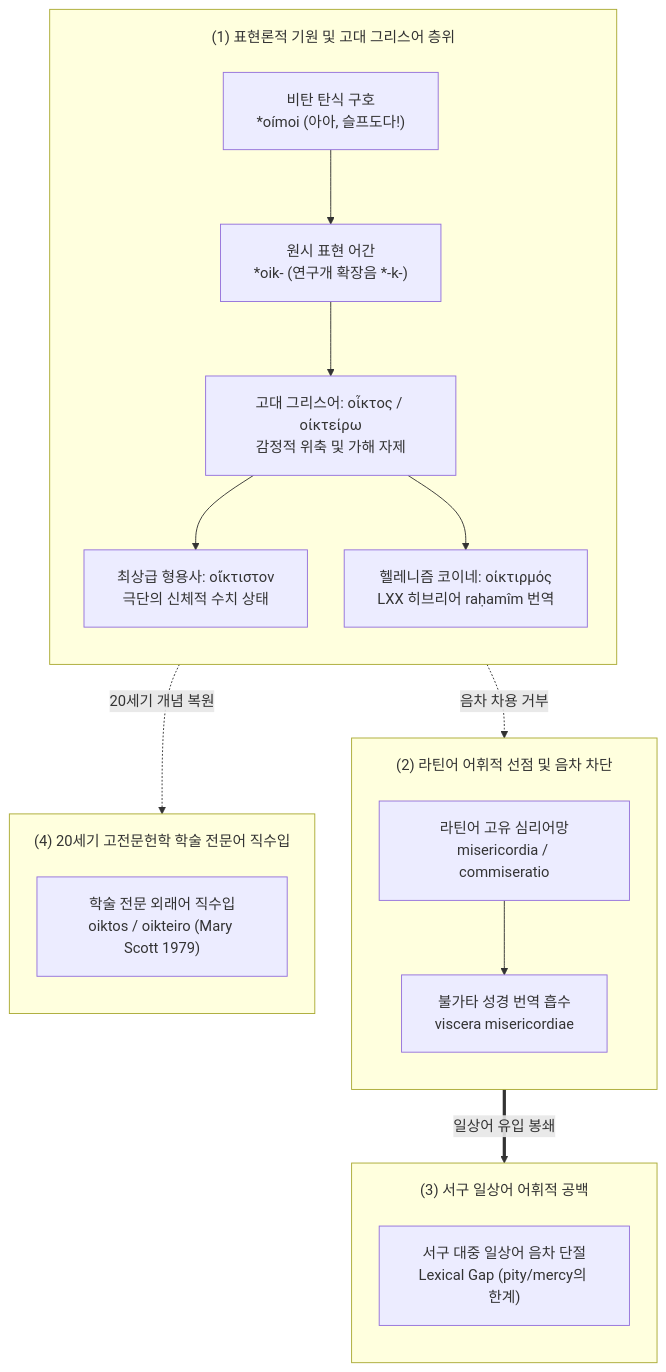
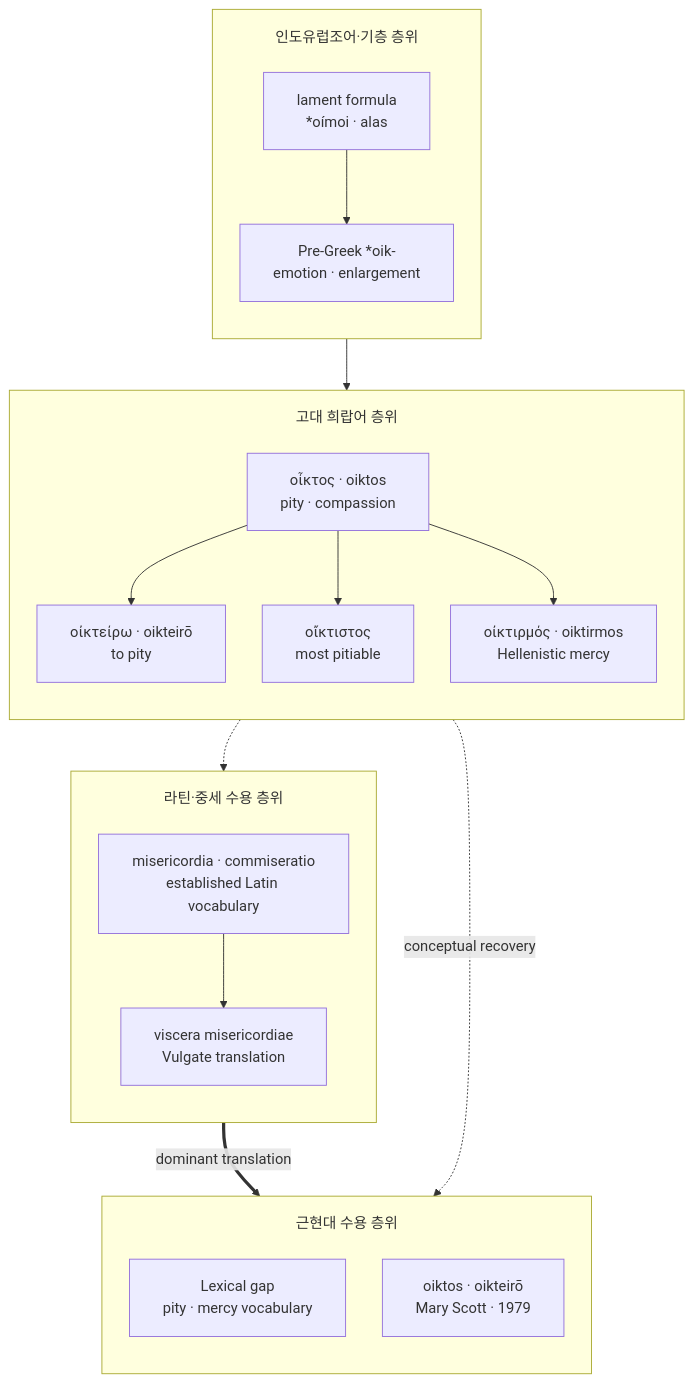
The diagram in words/word-oiktos.md (YgHnSIM/Homer_wiki), drawn with Mermaid before and after one commit.

Commit message:
refactor(word-oiktos): Type C etymology Mermaid

````diff
--- a/words/word-oiktos.md
+++ b/words/word-oiktos.md
@@ -32,32 +32,35 @@
 ```mermaid
 %%{init: {'flowchart': {'useMaxWidth': true, 'nodeSpacing': 40, 'rankSpacing': 56, 'padding': 18, 'subGraphTitleMargin': {'top': 18, 'bottom': 10}}}}%%
 flowchart TD
-    subgraph Origin ["(1) 표현론적 기원 및 고대 그리스어 층위"]
+    subgraph PIE_Stage ["인도유럽조어·기층 층위"]
         direction TB
-        S1["비탄 탄식 구호<br/>*oímoi (아아, 슬프도다!)"] --> S2["원시 표현 어간<br/>*oik- (연구개 확장음 *-k-)"]
-        S2 --> GRK["고대 그리스어: οἶκτος / οἰκτείρω<br/>감정적 위축 및 가해 자제"]:::focus
-        GRK --> SUP["최상급 형용사: οἴκτιστον<br/>극단의 신체적 수치 상태"]
-        GRK --> KOI["헬레니즘 코이네: οἰκτιρμός<br/>LXX 히브리어 raḥamîm 번역"]
+        OIMOI["lament formula<br/>*oímoi · alas"]:::substrate
+        OIK["Pre-Greek *oik-<br/>emotion · enlargement"]:::substrate
+        OIMOI --> OIK
     end
-
-    subgraph Blockade ["(2) 라틴어 어휘적 선점 및 음차 차단"]
+    subgraph Greek_Stage ["고대 희랍어 층위"]
         direction TB
-        LAT_PRE["라틴어 고유 심리어망<br/>misericordia / commiseratio"]
-        VULG["불가타 성경 번역 흡수<br/>viscera misericordiae"]
-        LAT_PRE --> VULG
+        OIKTOS["οἶκτος · oiktos<br/>pity · compassion"]:::focus
+        OIKTEIRŌ["οἰκτείρω · oikteirō<br/>to pity"]:::greek
+        OIKTISTOS["οἴκτιστος<br/>most pitiable"]:::greek
+        ELEOS["οἰκτιρμός · oiktirmos<br/>Hellenistic mercy"]:::greek
+        OIKTOS --> OIKTEIRŌ
+        OIKTOS --> OIKTISTOS
+        OIKTOS --> ELEOS
     end
-
-    subgraph Rupture ["(3) 서구 일상어 어휘적 공백"]
+    subgraph Latin_Stage ["라틴·중세 수용 층위"]
         direction TB
-        GAP["서구 대중 일상어 음차 단절<br/>Lexical Gap (pity/mercy의 한계)"]:::crisis
+        LATPRE["misericordia · commiseratio<br/>established Latin vocabulary"]:::latin
+        VULG["viscera misericordiae<br/>Vulgate translation"]:::latin
+        LATPRE --> VULG
     end
-
-    subgraph Modern ["(4) 20세기 고전문헌학 학술 전문어 직수입"]
+    subgraph Modern_Stage ["근현대 수용 층위"]
         direction TB
-        SCHOLAR["학술 전문 외래어 직수입<br/>oiktos / oikteiro (Mary Scott 1979)"]:::resolve
+        GAP["Lexical gap<br/>pity · mercy vocabulary"]:::crisis
+        SCHOLAR["oiktos · oikteirō<br/>Mary Scott · 1979"]:::resolve
+        VULG ==>|"dominant translation"| GAP
+        OIKTOS -.->|"conceptual recovery"| SCHOLAR
     end
-
-    KOI -.->|"음차 차용 거부"| LAT_PRE
-    VULG ==>|"일상어 유입 봉쇄"| GAP
-    GRK -.->|"20세기 개념 복원"| SCHOLAR
+    OIK --> OIKTOS
+    ELEOS -.-> LATPRE
 ```
````
